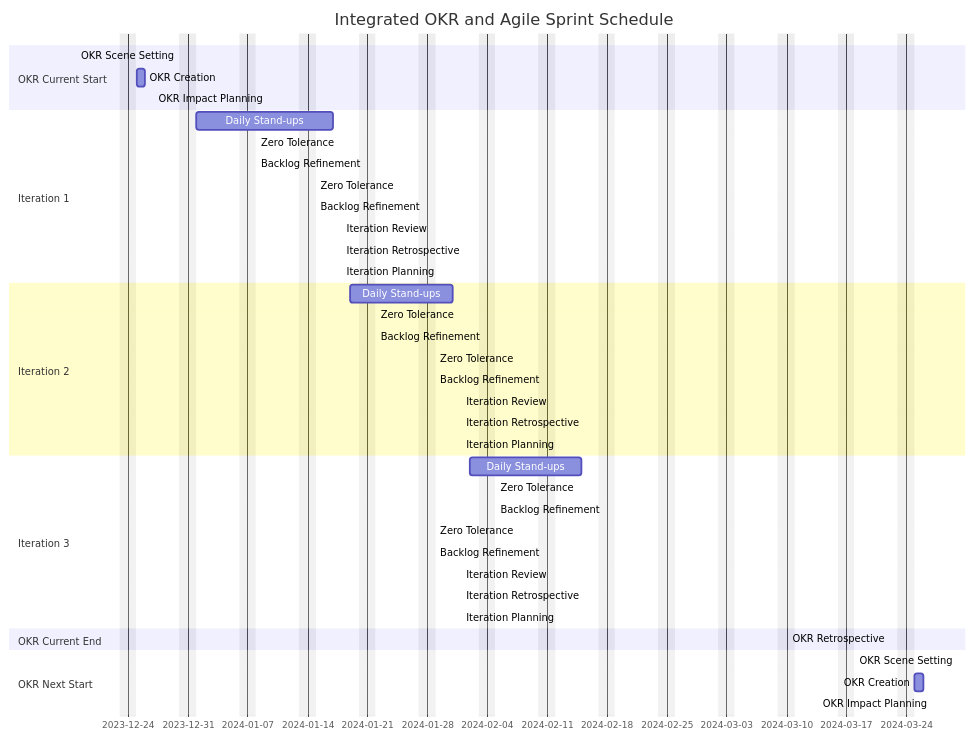
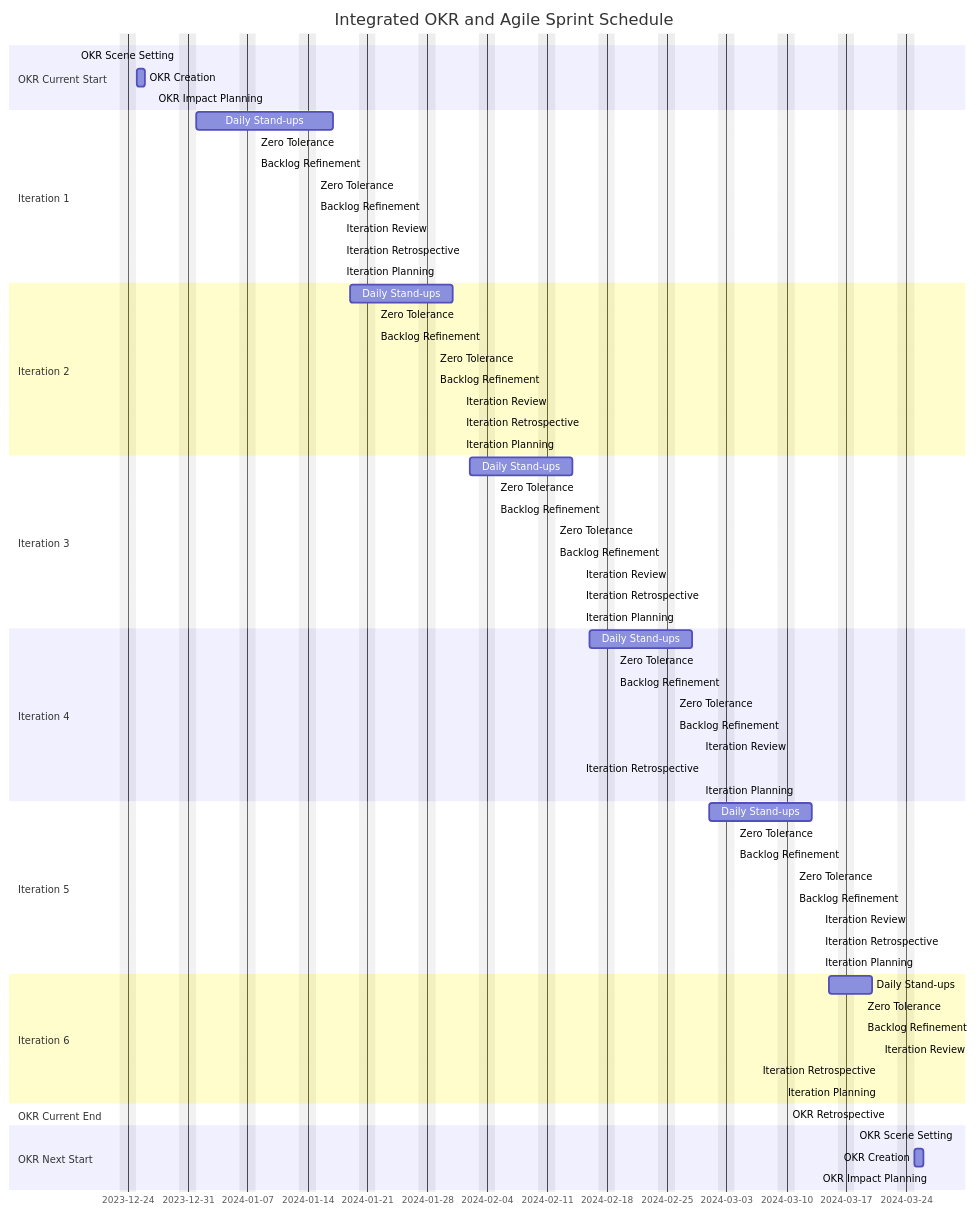
Before and after one commit to hungovercoders-blog/datagriff: the diagram in docs/_posts/2024-02-24-okr-agile-cycles/2024-02-24-okr-agile-cycles.md, drawn with Mermaid. The commit also changed other lines of this file, not shown here.

````diff
--- a/docs/_posts/2024-02-24-okr-agile-cycles/2024-02-24-okr-agile-cycles.md
+++ b/docs/_posts/2024-02-24-okr-agile-cycles/2024-02-24-okr-agile-cycles.md
@@ -151,49 +151,77 @@
 ```mermaid!
 gantt
 title Integrated OKR and Agile Sprint Schedule
 dateFormat  YYYY-MM-DD
 excludes weekends
 
 section OKR Current Start
 OKR Scene Setting: 2023-12-18, 2023-12-18
 OKR Creation: 2023-12-25, 2023-12-26
 OKR Impact Planning: 2023-12-27, 2023-12-27
 
 section Iteration 1
 Daily Stand-ups: 2024-01-01, 2024-01-17
 Zero Tolerance: 2024-01-08, 2024-01-08
 Backlog Refinement: 2024-01-08, 2024-01-08
 Zero Tolerance: 2024-01-15, 2024-01-15
 Backlog Refinement: 2024-01-15, 2024-01-15
 Iteration Review: 2024-01-18, 2024-01-18
 Iteration Retrospective: 2024-01-18, 2024-01-18
 Iteration Planning: 2024-01-18, 2024-01-18
 
 section Iteration 2
 Daily Stand-ups: 2024-01-19, 2024-01-31
 Zero Tolerance: 2024-01-22, 2024-01-22
 Backlog Refinement: 2024-01-22, 2024-01-22
 Zero Tolerance: 2024-01-29, 2024-01-29
 Backlog Refinement: 2024-01-29, 2024-01-29
 Iteration Review: 2024-02-01, 2024-02-01
 Iteration Retrospective: 2024-02-01, 2024-02-01
 Iteration Planning: 2024-02-01, 2024-02-01
 
 section Iteration 3
-Daily Stand-ups: 2024-02-02, 2024-02-15
+Daily Stand-ups: 2024-02-02, 2024-02-14
 Zero Tolerance: 2024-02-05, 2024-02-05
 Backlog Refinement: 2024-02-05, 2024-02-05
-Zero Tolerance: 2024-01-29, 2024-01-29
-Backlog Refinement: 2024-01-29, 2024-01-29
-Iteration Review: 2024-02-01, 2024-02-01
-Iteration Retrospective: 2024-02-01, 2024-02-01
-Iteration Planning: 2024-02-01, 2024-02-01
+Zero Tolerance: 2024-02-12, 2024-02-12
+Backlog Refinement: 2024-02-12, 2024-02-12
+Iteration Review: 2024-02-15, 2024-02-15
+Iteration Retrospective: 2024-02-15, 2024-02-15
+Iteration Planning: 2024-02-15, 2024-02-15
+
+section Iteration 4
+Daily Stand-ups: 2024-02-16, 2024-02-28
+Zero Tolerance: 2024-02-19, 2024-02-19
+Backlog Refinement: 2024-02-19, 2024-02-19
+Zero Tolerance: 2024-02-26, 2024-02-26
+Backlog Refinement: 2024-02-26, 2024-02-26
+Iteration Review: 2024-02-29, 2024-02-29
+Iteration Retrospective: 2024-02-29, 2024-02-15
+Iteration Planning: 2024-02-29, 2024-02-29
+
+section Iteration 5
+Daily Stand-ups: 2024-03-01, 2024-03-13
+Zero Tolerance: 2024-03-04, 2024-03-04
+Backlog Refinement: 2024-03-04, 2024-03-04
+Zero Tolerance: 2024-03-11, 2024-03-11
+Backlog Refinement: 2024-03-11, 2024-03-11
+Iteration Review: 2024-03-14, 2024-03-14
+Iteration Retrospective: 2024-03-14, 2024-03-14
+Iteration Planning: 2024-03-14, 2024-03-14
+
+section Iteration 6
+Daily Stand-ups: 2024-03-15, 2024-03-20
+Zero Tolerance: 2024-03-19, 2024-03-19
+Backlog Refinement: 2024-03-19, 2024-03-19
+Iteration Review: 2024-03-21, 2024-03-21
+Iteration Retrospective: 2024-03-21, 2024-03-21
+Iteration Planning: 2024-03-21, 2024-03-21
 
 section OKR Current End
 OKR Retrospective: 2024-03-22, 2024-03-22
 
 section OKR Next Start
 OKR Scene Setting: 2024-03-18, 2024-03-18
 OKR Creation: 2024-03-25, 2024-03-26
 OKR Impact Planning: 2024-03-27, 2024-03-27
 ```
````
